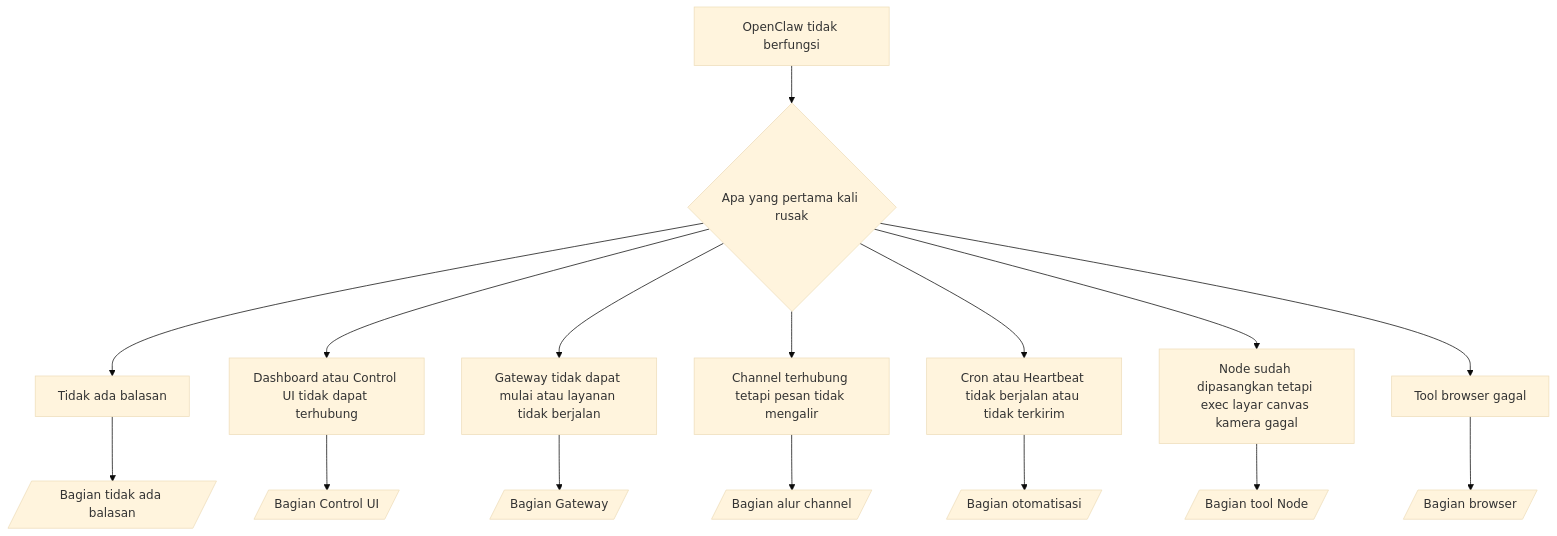
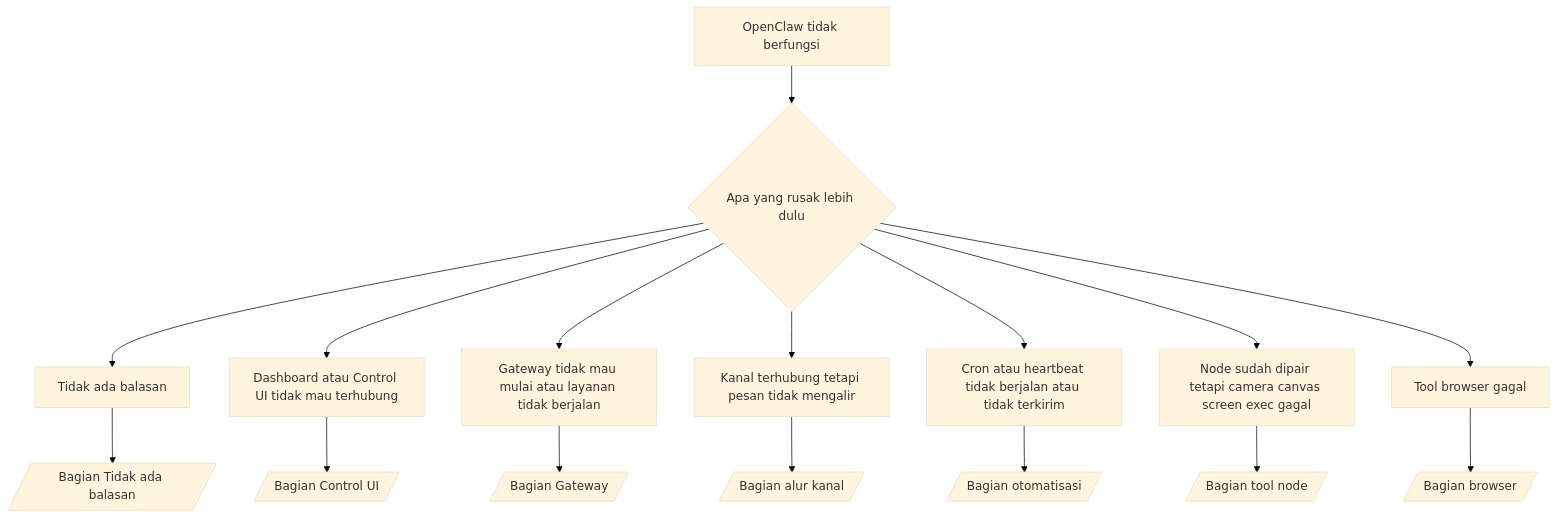
Before and after one commit to openclaw/docs: the diagram in docs/id/help/troubleshooting.md, drawn with Mermaid (base theme). The commit also changed other lines of this file and 440 other files, not shown here.

````diff
--- a/docs/id/help/troubleshooting.md
+++ b/docs/id/help/troubleshooting.md
@@ -94,19 +92,19 @@
 ```mermaid
 flowchart TD
-  A[OpenClaw tidak berfungsi] --> B{Apa yang pertama kali rusak}
+  A[OpenClaw tidak berfungsi] --> B{Apa yang rusak lebih dulu}
   B --> C[Tidak ada balasan]
-  B --> D[Dashboard atau Control UI tidak dapat terhubung]
-  B --> E[Gateway tidak dapat mulai atau layanan tidak berjalan]
-  B --> F[Channel terhubung tetapi pesan tidak mengalir]
-  B --> G[Cron atau Heartbeat tidak berjalan atau tidak terkirim]
-  B --> H[Node sudah dipasangkan tetapi exec layar canvas kamera gagal]
+  B --> D[Dashboard atau Control UI tidak mau terhubung]
+  B --> E[Gateway tidak mau mulai atau layanan tidak berjalan]
+  B --> F[Kanal terhubung tetapi pesan tidak mengalir]
+  B --> G[Cron atau heartbeat tidak berjalan atau tidak terkirim]
+  B --> H[Node sudah dipair tetapi camera canvas screen exec gagal]
   B --> I[Tool browser gagal]
 
-  C --> C1[/Bagian tidak ada balasan/]
+  C --> C1[/Bagian Tidak ada balasan/]
   D --> D1[/Bagian Control UI/]
   E --> E1[/Bagian Gateway/]
-  F --> F1[/Bagian alur channel/]
+  F --> F1[/Bagian alur kanal/]
   G --> G1[/Bagian otomatisasi/]
-  H --> H1[/Bagian tool Node/]
+  H --> H1[/Bagian tool node/]
   I --> I1[/Bagian browser/]
 ```
````
